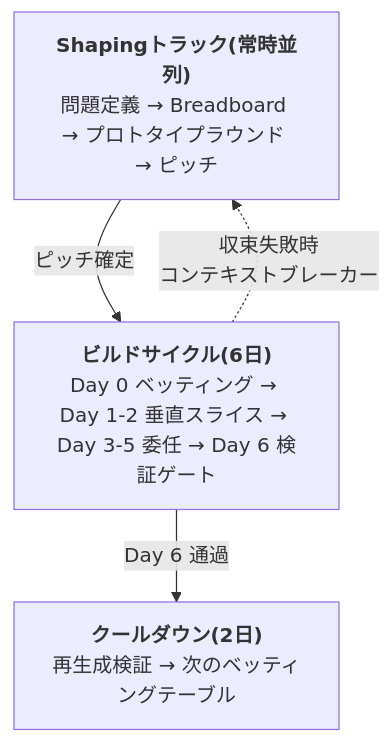
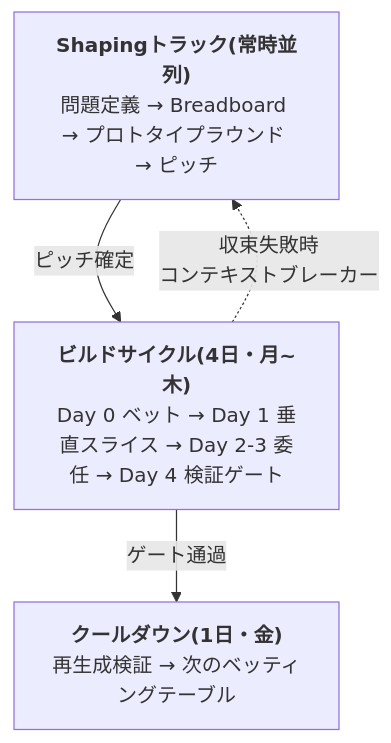
Before and after one commit to roboco-io/vibe-driven-development-lifecycle: the diagram in docs/ja/cycle.md, drawn with Mermaid. The commit also changed other lines of this file and 19 other files, not shown here.

````diff
--- a/docs/ja/cycle.md
+++ b/docs/ja/cycle.md
@@ -23,9 +23,9 @@
 ```mermaid
 flowchart TB
     S["<b>Shapingトラック(常時並列)</b><br/>問題定義 → Breadboard → プロトタイプラウンド → ピッチ"]
-    B["<b>ビルドサイクル(6日)</b><br/>Day 0 ベッティング → Day 1-2 垂直スライス → Day 3-5 委任 → Day 6 検証ゲート"]
-    C["<b>クールダウン(2日)</b><br/>再生成検証 → 次のベッティングテーブル"]
+    B["<b>ビルドサイクル(4日・月~木)</b><br/>Day 0 ベット → Day 1 垂直スライス → Day 2-3 委任 → Day 4 検証ゲート"]
+    C["<b>クールダウン(1日・金)</b><br/>再生成検証 → 次のベッティングテーブル"]
     S -->|"ピッチ確定"| B
-    B -->|"Day 6 通過"| C
+    B -->|"ゲート通過"| C
     B -. "収束失敗時<br/>コンテキストブレーカー" .-> S
 ```
````
